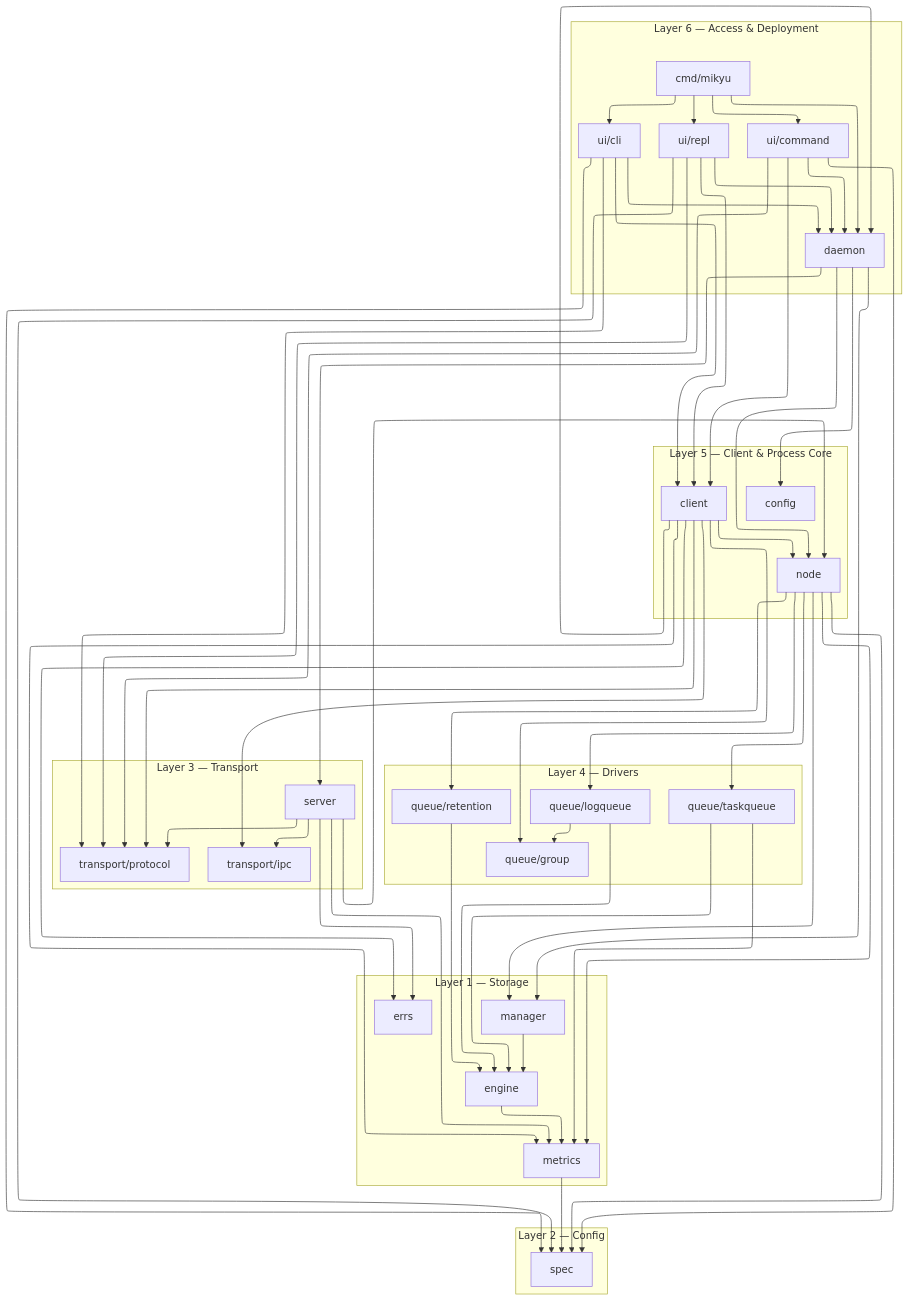
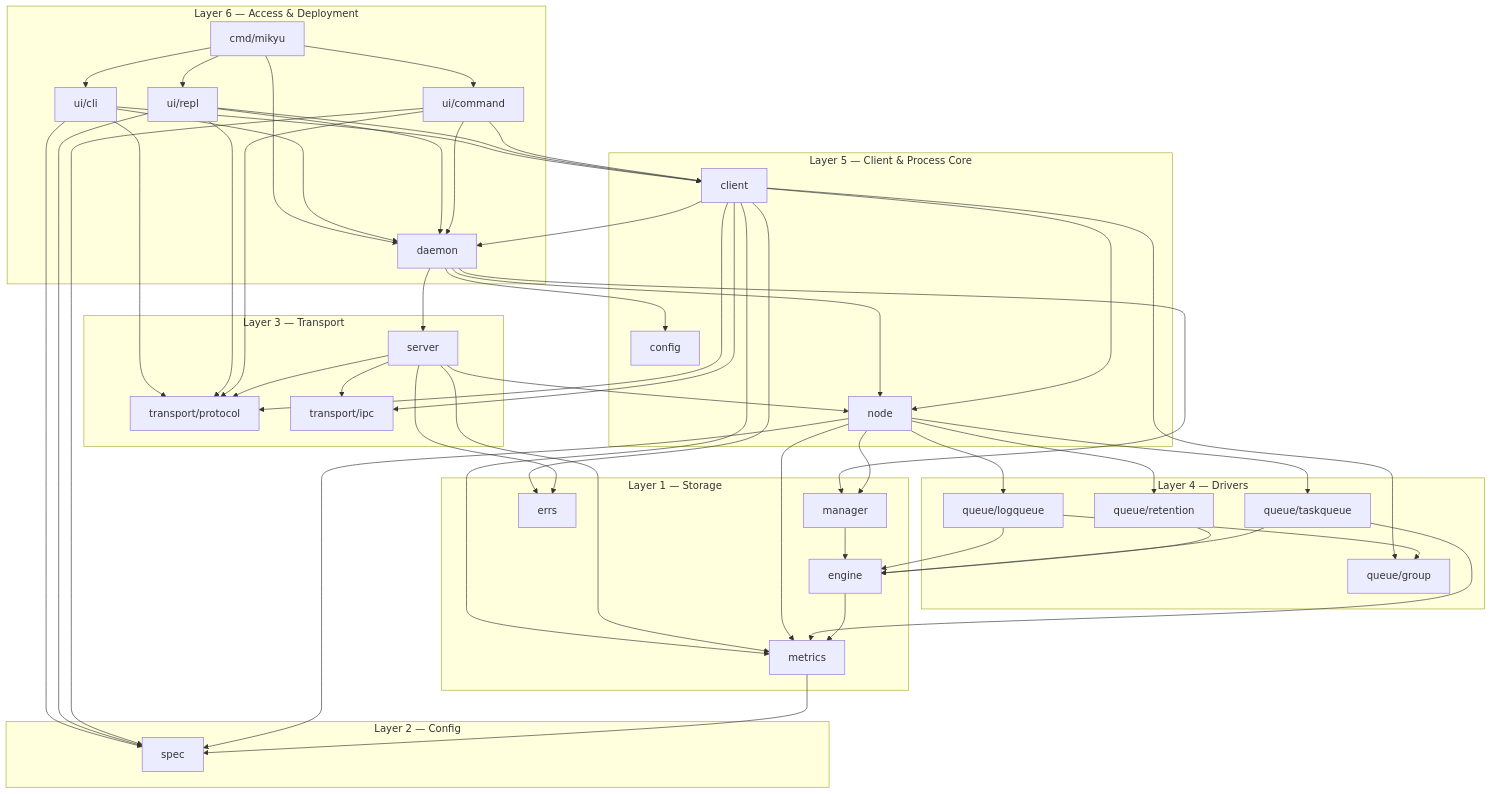
The first of 3 diagrams in AGENTS.md (dmunish/mikyu), drawn with Mermaid before and after one commit.

Commit message:
[docs] change arch diagram layout

````diff
--- a/AGENTS.md
+++ b/AGENTS.md
@@ -211,51 +211,47 @@
 ```mermaid
----
-config:
-  layout: elk
----
 flowchart TB
     subgraph L6["Layer 6 — Access & Deployment"]
         CLI[ui/cli]:::c
         REPL[ui/repl]:::c
         CMD[ui/command]:::c
         DAEMON[daemon]:::c
         BIN[cmd/mikyu]:::c
     end
     subgraph L5["Layer 5 — Client & Process Core"]
         CLIENT[client]:::c
         NODE[node]:::c
         CONFIG[config]:::c
     end
     subgraph L4["Layer 4 — Drivers"]
         LOGQ[queue/logqueue]:::c
         TASKQ[queue/taskqueue]:::c
         GROUP[queue/group]:::c
         RET[queue/retention]:::c
     end
     subgraph L3["Layer 3 — Transport"]
         PROTO[transport/protocol]:::c
         IPC[transport/ipc]:::c
         SERVER[server]:::c
     end
     subgraph L2["Layer 2 — Config"]
         SPEC[spec]:::c
     end
     subgraph L1["Layer 1 — Storage"]
         MGR[manager]:::c
         ENG[engine]:::c
         MET[metrics]:::c
         ERRS[errs]:::c
     end
     BIN --> CLI & REPL & DAEMON & CMD
     CLI & REPL & CMD --> CLIENT & DAEMON & SPEC & PROTO
     DAEMON --> CONFIG & SERVER & NODE & MGR
     CLIENT --> NODE & PROTO & IPC & ERRS & MET & GROUP & DAEMON
     SERVER --> NODE & PROTO & IPC & ERRS & MET
     NODE --> MGR & LOGQ & TASKQ & RET & MET & SPEC
     MGR --> ENG
     LOGQ --> ENG & GROUP
     TASKQ --> ENG & MET
     RET --> ENG
     ENG --> MET
     MET --> SPEC
 ```
````
